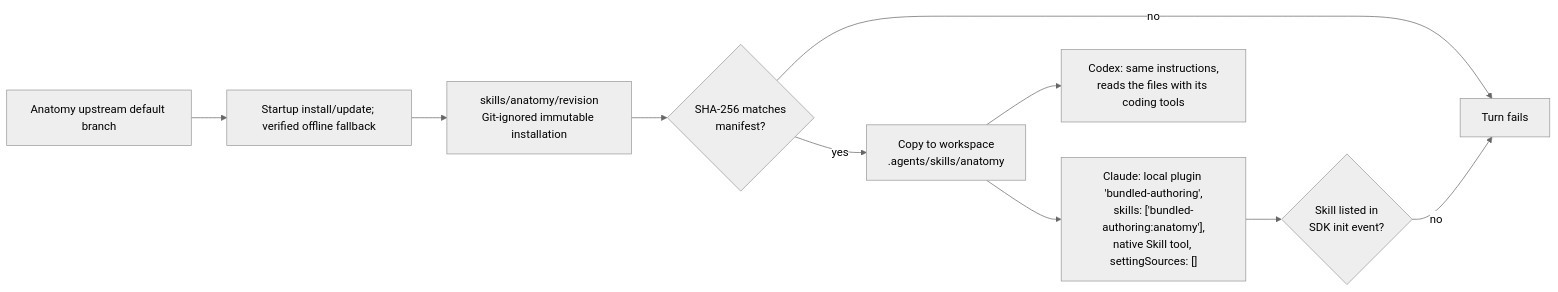
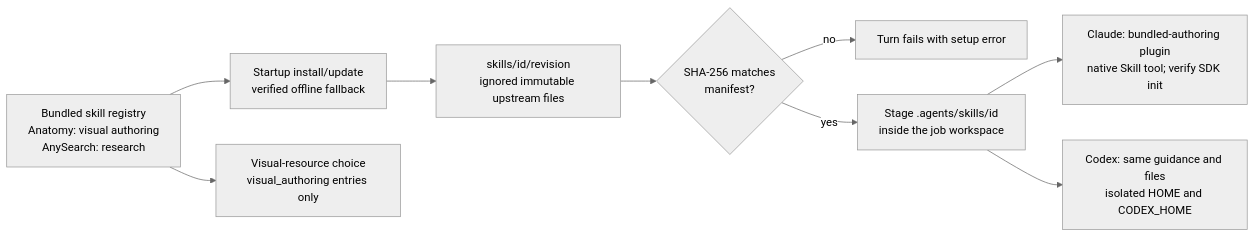
Diagram 12 of 13 in docs/architecture.md (delexw/kiteva), drawn with Mermaid (neutral theme) before and after one commit. The commit also changed other lines of this file and 62 other files, not shown here.

First line of the commit message:
Behavioural: Enable project-local MCP tools

````diff
--- a/docs/architecture.md
+++ b/docs/architecture.md
@@ -394,12 +408,11 @@
 ```mermaid
 flowchart LR
-  Upstream["Anatomy upstream default branch"] --> Startup["Startup install/update; verified offline fallback"]
-  Startup --> Bundle["skills/anatomy/revision<br/>Git-ignored immutable installation"]
+  Registry["Bundled skill registry<br/>Anatomy: visual authoring<br/>AnySearch: research"] --> Startup["Startup install/update<br/>verified offline fallback"]
+  Startup --> Bundle["skills/id/revision<br/>ignored immutable upstream files"]
   Bundle --> Hash{"SHA-256 matches<br/>manifest?"}
-  Hash -- no --> Stop["Turn fails"]
-  Hash -- yes --> Copy["Copy to workspace<br/>.agents/skills/anatomy"]
-  Copy --> ClaudeP["Claude: local plugin 'bundled-authoring',<br/>skills: ['bundled-authoring:anatomy'],<br/>native Skill tool, settingSources: []"]
-  Copy --> CodexP["Codex: same instructions,<br/>reads the files with its coding tools"]
-  ClaudeP --> Verify{"Skill listed in<br/>SDK init event?"}
-  Verify -- no --> Stop
+  Hash -- no --> Stop["Turn fails with setup error"]
+  Hash -- yes --> Copy["Stage .agents/skills/id<br/>inside the job workspace"]
+  Copy --> ClaudeP["Claude: bundled-authoring plugin<br/>native Skill tool; verify SDK init"]
+  Copy --> CodexP["Codex: same guidance and files<br/>isolated HOME and CODEX_HOME"]
+  Registry --> Choice["Visual-resource choice<br/>visual_authoring entries only"]
 ```
````
